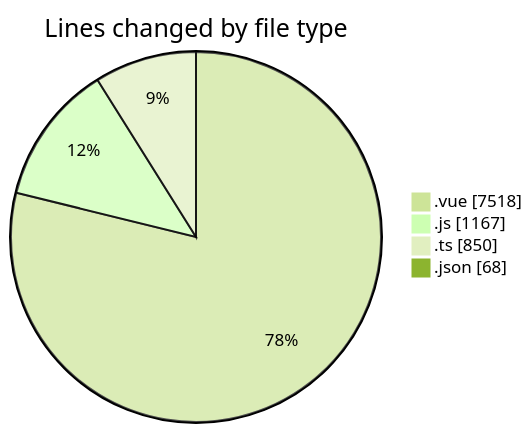
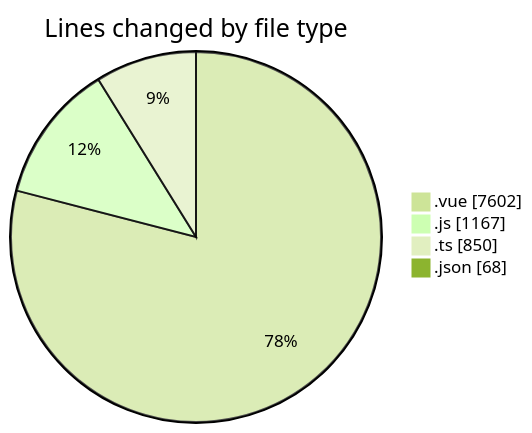
One commit to lephambinh05/code-tracking changed the first of 2 diagrams in 2025-08-12/rentotp/README.md. Above: the diagram before and after it, drawn with Mermaid (forest theme). The commit also changed other lines of this file and 1 other file, not shown here.

````diff
--- a/2025-08-12/rentotp/README.md
+++ b/2025-08-12/rentotp/README.md
@@ -45,8 +45,8 @@
 ```mermaid
 pie showData
 title Lines changed by file type
-".vue" : 7518
+".vue" : 7602
 ".js" : 1167
 ".ts" : 850
 ".json" : 68
 ```
````
